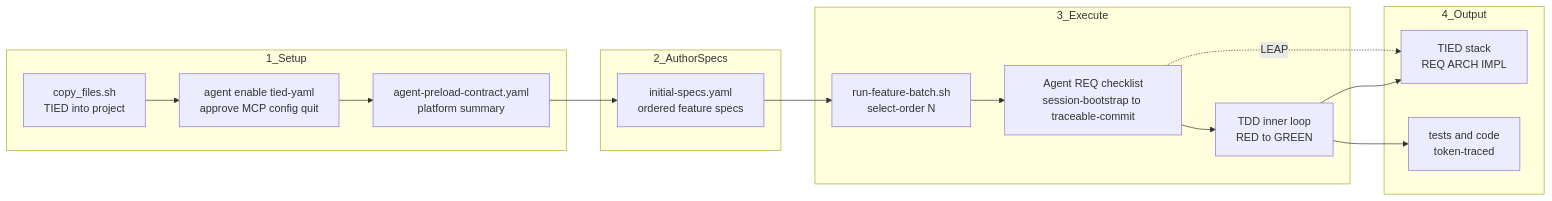
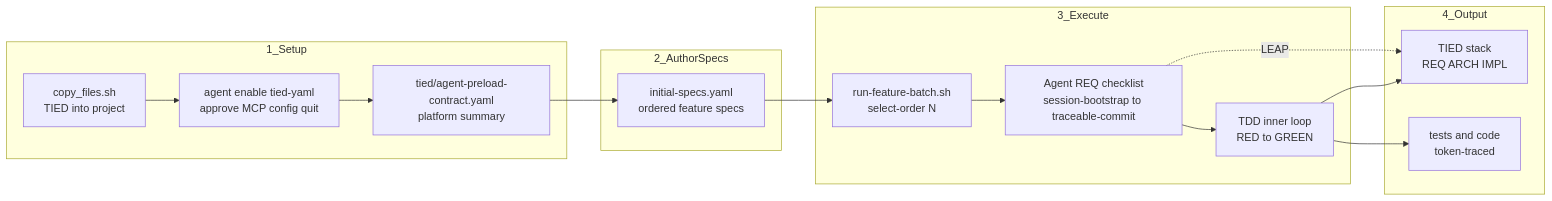
One commit to fareedst/tied changed the first of 5 diagrams in README.md. Above: the diagram before and after it, drawn with Mermaid. The commit also changed other lines of this file and 109 other files, not shown here.

````diff
--- a/README.md
+++ b/README.md
@@ -15,25 +15,25 @@
 ```mermaid
 flowchart LR
     subgraph setup ["1_Setup"]
         Bootstrap["copy_files.sh\nTIED into project"]
         EnableTiedYaml["agent enable tied-yaml\napprove MCP config quit"]
-        Contract["agent-preload-contract.yaml\nplatform summary"]
+        Contract["tied/agent-preload-contract.yaml\nplatform summary"]
     end
     subgraph specAuthor ["2_AuthorSpecs"]
         SpecList["initial-specs.yaml\nordered feature specs"]
     end
     subgraph execPhase ["3_Execute"]
         Batch["run-feature-batch.sh\nselect-order N"]
         Checklist["Agent REQ checklist\nsession-bootstrap to traceable-commit"]
         TDD["TDD inner loop\nRED to GREEN"]
     end
     subgraph outPhase ["4_Output"]
         TIEDStack["TIED stack\nREQ ARCH IMPL"]
         Artifacts["tests and code\ntoken-traced"]
     end
     Bootstrap --> EnableTiedYaml --> Contract --> SpecList
     SpecList --> Batch --> Checklist --> TDD
     TDD --> TIEDStack
     TDD --> Artifacts
     Checklist -.->|"LEAP"| TIEDStack
 ```
````
